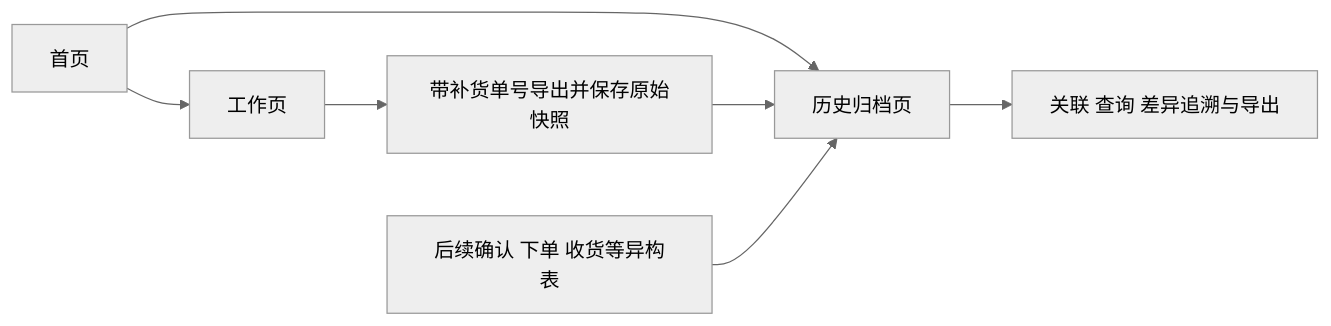
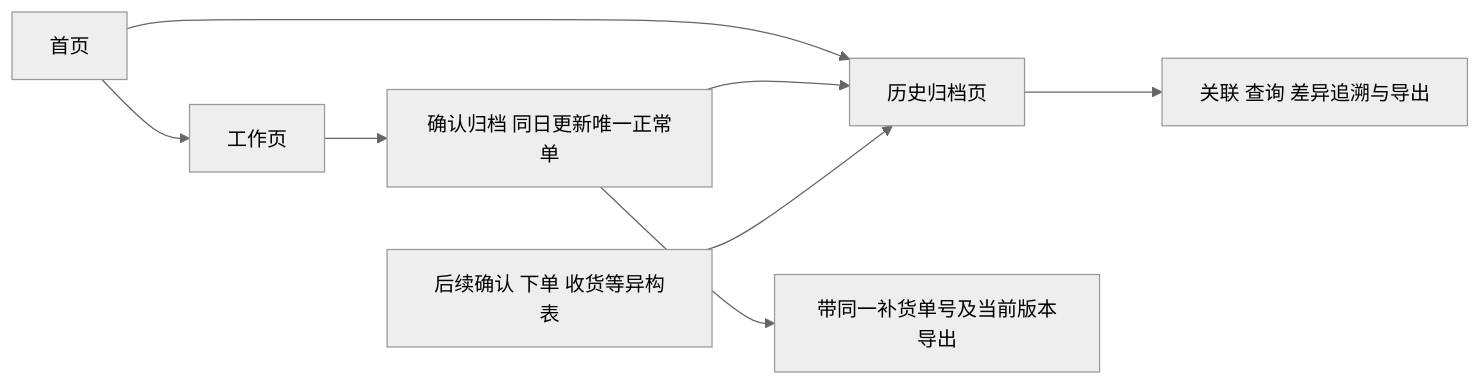
Before and after one commit to SakuraCulture/replenishment-assistant: the diagram in docs/设计补充_导出单号与历史归档关联.md, drawn with Mermaid (neutral theme). The commit also changed other lines of this file and 1 other file, not shown here.

````diff
--- a/docs/设计补充_导出单号与历史归档关联.md
+++ b/docs/设计补充_导出单号与历史归档关联.md
@@ -14,9 +16,10 @@
 ```mermaid
 flowchart LR
   H[首页] --> W[工作页]
   H --> A[历史归档页]
-  W --> E[带补货单号导出并保存原始快照]
-  E --> A
+  W --> C[确认归档 同日更新唯一正常单]
+  C --> A
+  C --> E[带同一补货单号及当前版本导出]
   F[后续确认 下单 收货等异构表] --> A
   A --> R[关联 查询 差异追溯与导出]
 ```
````
